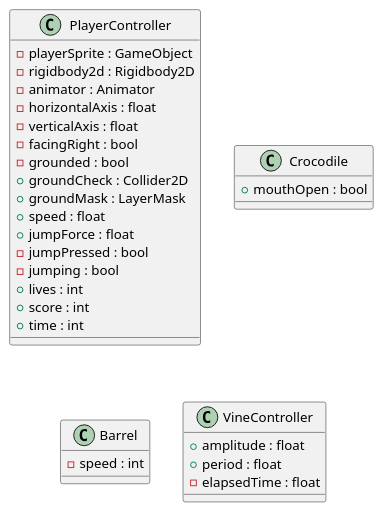
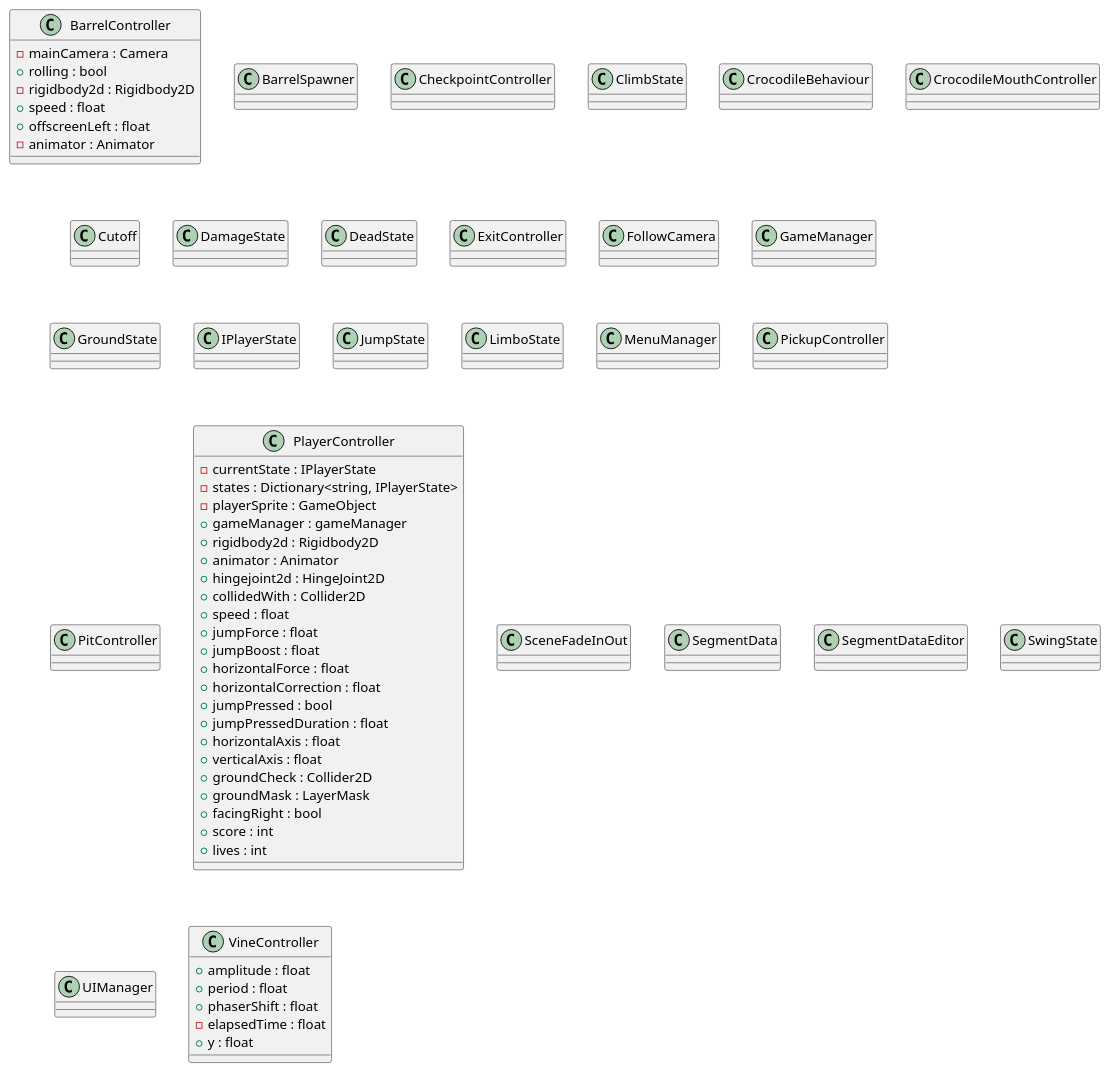
The diagram in doc/classlist.puml (pparke/pitfall-challenge), drawn with PlantUML before and after one commit. The commit also changed 79 other files, not shown here.

```diff
--- a/doc/classlist.puml
+++ b/doc/classlist.puml
@@ -1,34 +1,112 @@
 @startuml
+class BarrelController {
+ - mainCamera : Camera
+ + rolling : bool
+ - rigidbody2d : Rigidbody2D
+ + speed : float
+ + offscreenLeft : float
+ - animator : Animator
+}
+
+class BarrelSpawner {
+}
+
+class CheckpointController {
+}
+
+class ClimbState {
+}
+
+class CrocodileBehaviour {
+}
+
+class CrocodileMouthController {
+}
+
+class Cutoff {
+}
+
+class DamageState {
+}
+
+class DeadState {
+}
+
+class ExitController {
+}
+
+class FollowCamera {
+}
+
+class GameManager {
+}
+
+class GroundState {
+}
+
+class IPlayerState {
+}
+
+class JumpState {
+}
+
+class LimboState {
+}
+
+class MenuManager {
+}
+
+class PickupController {
+}
+
+class PitController {
+}
+
 class PlayerController {
+ - currentState : IPlayerState
+ - states : Dictionary<string, IPlayerState>
  - playerSprite : GameObject
- - rigidbody2d : Rigidbody2D
- - animator : Animator
- - horizontalAxis : float
- - verticalAxis : float
- - facingRight : bool
- - grounded : bool
+ + gameManager : gameManager
+ + rigidbody2d : Rigidbody2D
+ + animator : Animator
+ + hingejoint2d : HingeJoint2D
+ + collidedWith : Collider2D
+ + speed : float
+ + jumpForce : float
+ + jumpBoost : float
+ + horizontalForce : float
+ + horizontalCorrection : float
+ + jumpPressed : bool
+ + jumpPressedDuration : float
+ + horizontalAxis : float
+ + verticalAxis : float
  + groundCheck : Collider2D
  + groundMask : LayerMask
- + speed : float
- + jumpForce : float
- - jumpPressed : bool
- - jumping : bool
+ + facingRight : bool
+ + score : int
  + lives : int
- + score : int
- + time : int
 }
 
-class Crocodile {
- + mouthOpen : bool
+class SceneFadeInOut {
 }
 
-class Barrel {
- - speed : int
+class SegmentData {
+}
+
+class SegmentDataEditor {
+}
+
+class SwingState {
+}
+
+class UIManager {
 }
 
 class VineController {
  + amplitude : float
  + period : float
+ + phaserShift : float
  - elapsedTime : float
+ + y : float
 }
 @enduml
```
